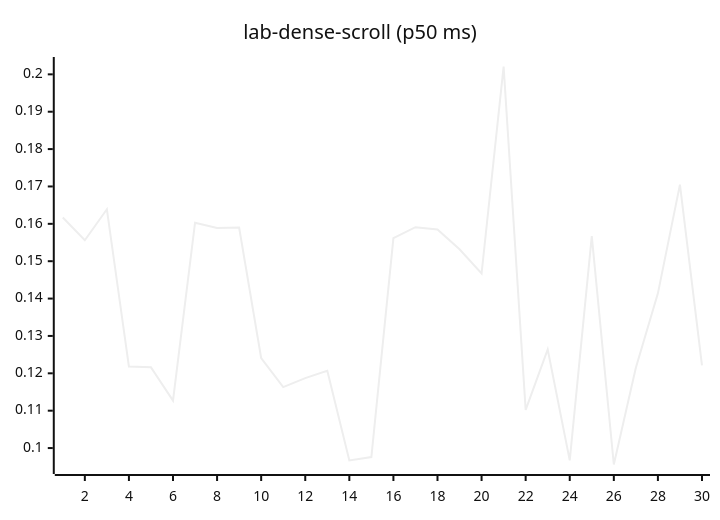
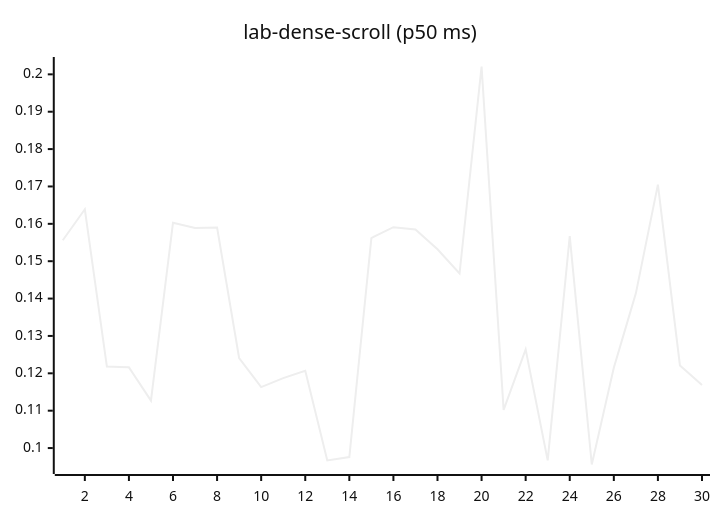
Diagram 12 of 27 in README.md (josha/Facet), drawn with Mermaid (neutral theme) before and after one commit. The commit also changed other lines of this file and 2 other files, not shown here.

````diff
--- a/README.md
+++ b/README.md
@@ -140,6 +140,6 @@
 ```mermaid
 xychart-beta
     title "lab-dense-scroll (p50 ms)"
     x-axis 1 --> 30
-    line [0.1617, 0.1556, 0.1639, 0.1218, 0.1216, 0.1127, 0.1603, 0.1589, 0.1590, 0.1241, 0.1163, 0.1187, 0.1207, 0.0967, 0.0976, 0.1562, 0.1591, 0.1585, 0.1532, 0.1467, 0.2021, 0.1102, 0.1264, 0.0967, 0.1567, 0.0956, 0.1215, 0.1414, 0.1705, 0.1221]
+    line [0.1556, 0.1639, 0.1218, 0.1216, 0.1127, 0.1603, 0.1589, 0.1590, 0.1241, 0.1163, 0.1187, 0.1207, 0.0967, 0.0976, 0.1562, 0.1591, 0.1585, 0.1532, 0.1467, 0.2021, 0.1102, 0.1264, 0.0967, 0.1567, 0.0956, 0.1215, 0.1414, 0.1705, 0.1221, 0.1169]
 ```
````
